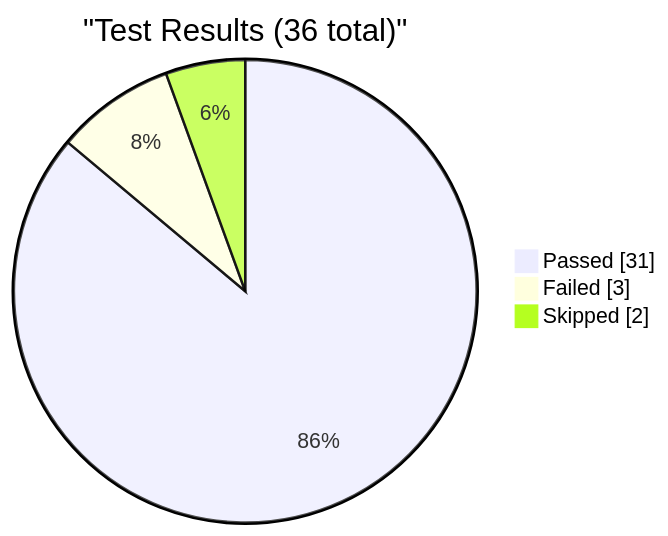
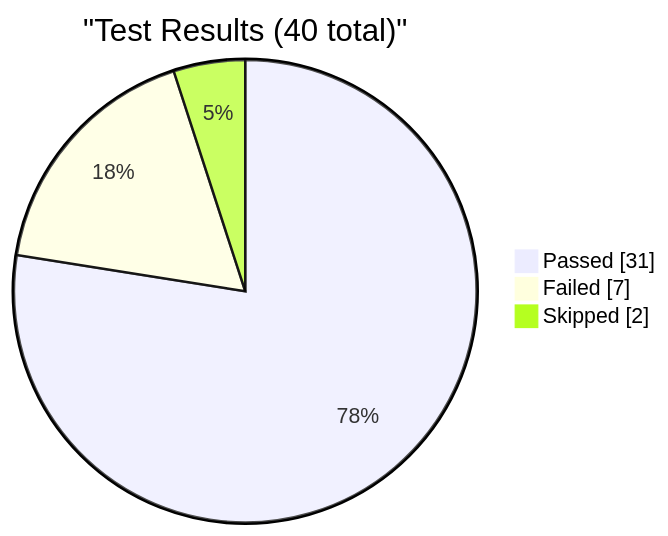
Before and after one commit to EliteaAI/onetest-ai-tm-Elitea: the first of 6 diagrams in reports/dashboard.md, drawn with Mermaid. The commit also changed other lines of this file and 1 other file, not shown here.

Commit message:
dashboard: update test metrics for RUN-ELITEA-2026-10-22-310-DEV-CHAT-FAILED

````diff
--- a/reports/dashboard.md
+++ b/reports/dashboard.md
@@ -9,7 +9,7 @@
 ```mermaid
 pie showData
-    title "Test Results (36 total)"
+    title "Test Results (40 total)"
     "Passed" : 31
-    "Failed" : 3
+    "Failed" : 7
     "Skipped" : 2
 ```
````
